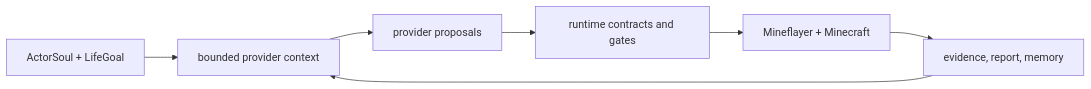
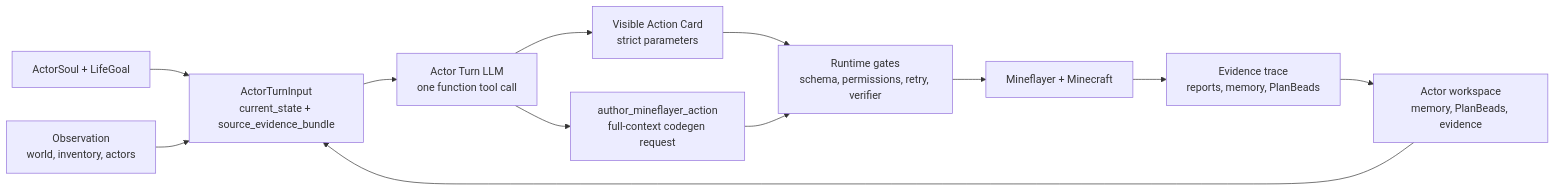
One commit to gigio1023/minecraft-llm-agent-community changed the diagram in README.md. Above: the diagram before and after it, drawn with Mermaid. The commit also changed other lines of this file and 37 other files, not shown here.

Commit message:
Refine Actor Turn source evidence context

````diff
--- a/README.md
+++ b/README.md
@@ -63,16 +35,21 @@
 ```mermaid
 flowchart LR
   Soul["ActorSoul + LifeGoal"]
-  Context["bounded provider context"]
-  Provider["provider proposals"]
-  Runtime["runtime contracts and gates"]
-  Minecraft["Mineflayer + Minecraft"]
-  Evidence["evidence, report, memory"]
+  Observe["Observation<br/>world, inventory, actors"]
+  Workspace["Actor workspace<br/>memory, PlanBeads, evidence"]
+  Input["ActorTurnInput<br/>current_state + source_evidence_bundle"]
+  LLM["Actor Turn LLM<br/>one function tool call"]
+  Card["Visible Action Card<br/>strict parameters"]
+  Author["author_mineflayer_action<br/>full-context codegen request"]
+  Runtime["Runtime gates<br/>schema, permissions, retry, verifier"]
+  MC["Mineflayer + Minecraft"]
+  Evidence["Evidence trace<br/>reports, memory, PlanBeads"]
 
-  Soul --> Context
-  Evidence --> Context
-  Context --> Provider
-  Provider --> Runtime
-  Runtime --> Minecraft
-  Minecraft --> Evidence
+  Soul --> Input
+  Observe --> Input
+  Workspace --> Input
+  Input --> LLM
+  LLM --> Card --> Runtime
+  LLM --> Author --> Runtime
+  Runtime --> MC --> Evidence --> Workspace
 ```
````
